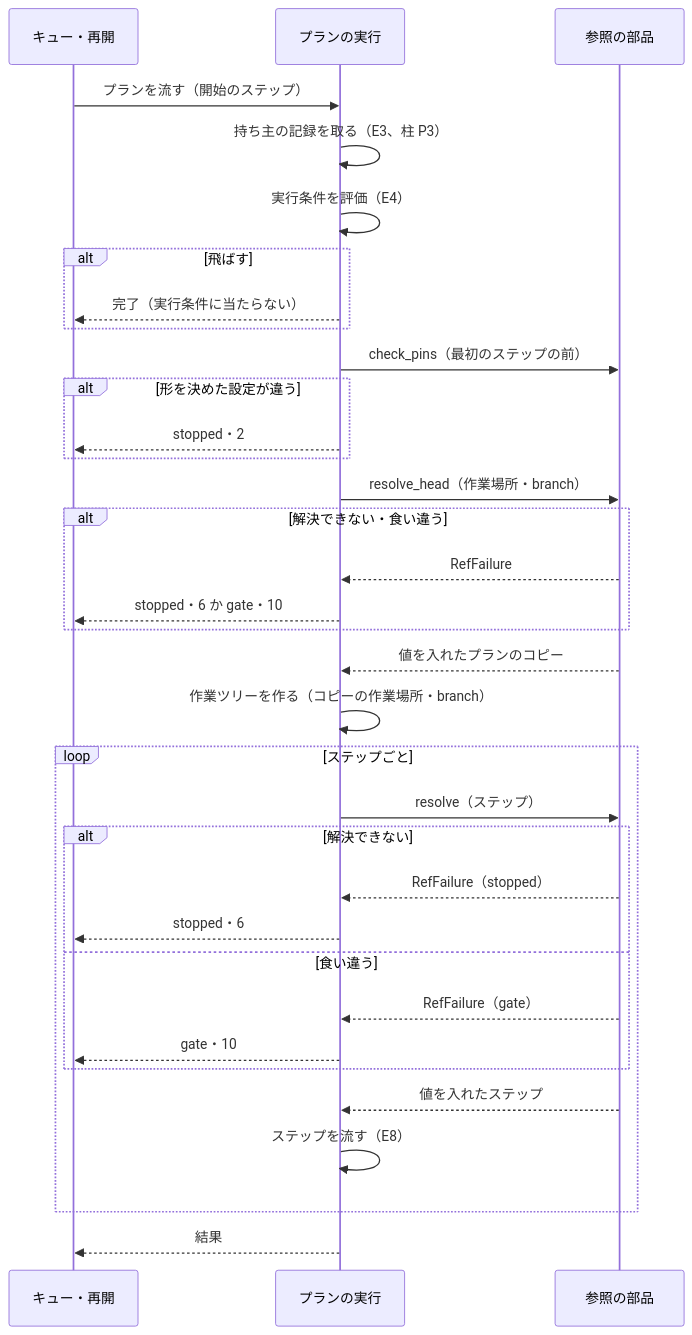
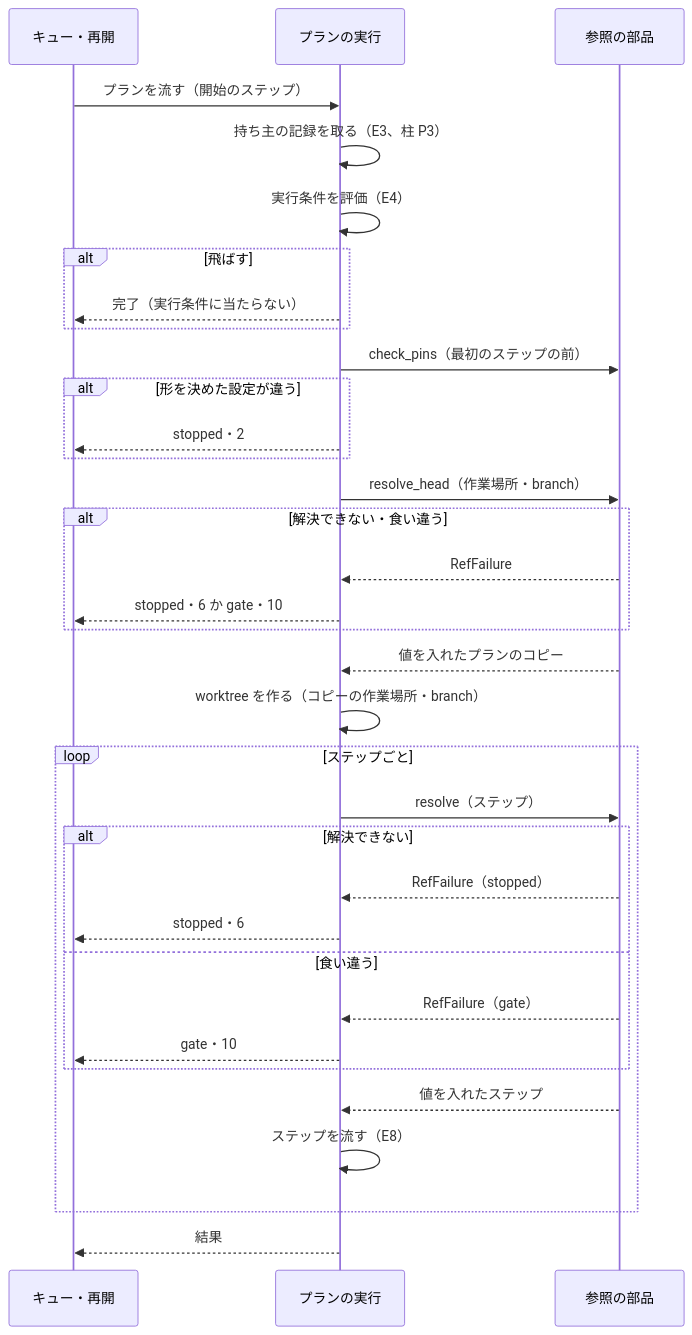
Before and after one commit to devbasex/ai-plugins: the third of 5 diagrams in issues/issue-2344-design.md, drawn with Mermaid. The commit also changed other lines of this file, not shown here.

````diff
--- a/issues/issue-2344-design.md
+++ b/issues/issue-2344-design.md
@@ -333,36 +333,36 @@
 ```mermaid
 sequenceDiagram
     participant C as キュー・再開
     participant E as プランの実行
     participant F as 参照の部品
     C->>E: プランを流す（開始のステップ）
     E->>E: 持ち主の記録を取る（E3、柱 P3）
     E->>E: 実行条件を評価（E4）
     alt 飛ばす
         E-->>C: 完了（実行条件に当たらない）
     end
     E->>F: check_pins（最初のステップの前）
     alt 形を決めた設定が違う
         E-->>C: stopped・2
     end
     E->>F: resolve_head（作業場所・branch）
     alt 解決できない・食い違う
         F-->>E: RefFailure
         E-->>C: stopped・6 か gate・10
     end
     F-->>E: 値を入れたプランのコピー
-    E->>E: 作業ツリーを作る（コピーの作業場所・branch）
+    E->>E: worktree を作る（コピーの作業場所・branch）
     loop ステップごと
         E->>F: resolve（ステップ）
         alt 解決できない
             F-->>E: RefFailure（stopped）
             E-->>C: stopped・6
         else 食い違う
             F-->>E: RefFailure（gate）
             E-->>C: gate・10
         end
         F-->>E: 値を入れたステップ
         E->>E: ステップを流す（E8）
     end
     E-->>C: 結果
 ```
````
